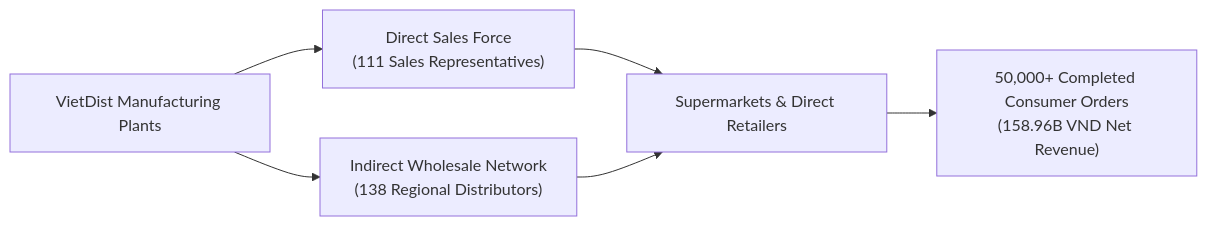
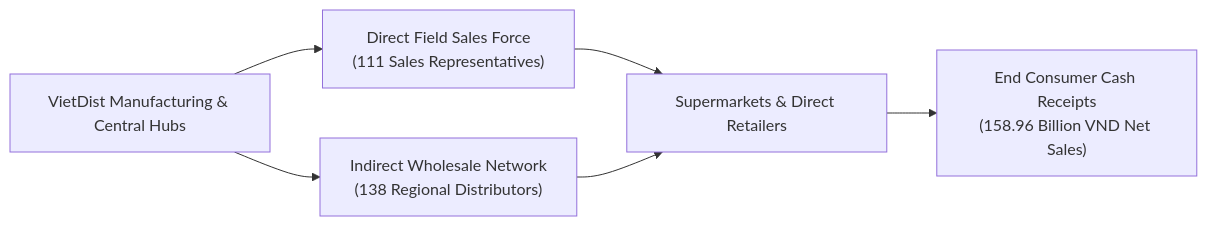
Before and after one commit to thunx280-ctrl/medallion-datapipeline: the first of 4 diagrams in README.md, drawn with Mermaid. The commit also changed other lines of this file and 3 other files, not shown here.

````diff
--- a/README.md
+++ b/README.md
@@ -50,8 +52,8 @@
 ```mermaid
 flowchart LR
-    A["VietDist Manufacturing Plants"] --> B["Direct Sales Force<br/>(111 Sales Representatives)"]
+    A["VietDist Manufacturing & Central Hubs"] --> B["Direct Field Sales Force<br/>(111 Sales Representatives)"]
     A --> C["Indirect Wholesale Network<br/>(138 Regional Distributors)"]
     B --> D["Supermarkets & Direct Retailers"]
     C --> D
-    D --> E["50,000+ Completed Consumer Orders<br/>(158.96B VND Net Revenue)"]
+    D --> E["End Consumer Cash Receipts<br/>(158.96 Billion VND Net Sales)"]
 ```
````
